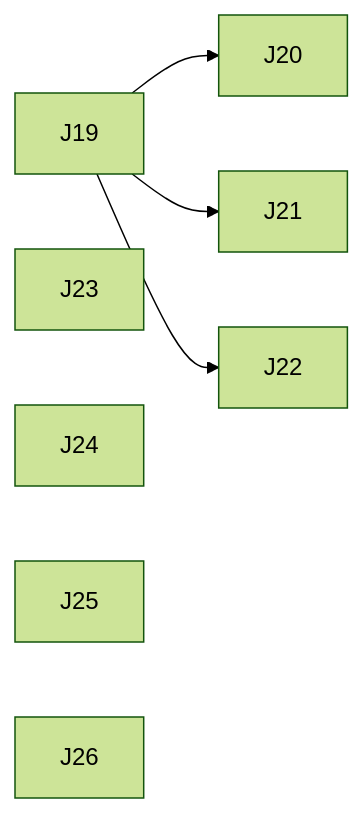
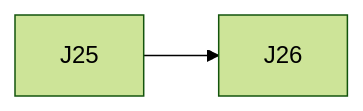
One commit to vespaiach/glance changed the diagram in docs/execution-plan.md. Above: the diagram before and after it, drawn with Mermaid (forest theme). The commit also changed other lines of this file and 3 other files, not shown here.

````diff
--- a/docs/execution-plan.md
+++ b/docs/execution-plan.md
@@ -54,10 +40,4 @@
 ```mermaid
 graph LR
-  J19 --> J20
-  J19 --> J21
-  J19 --> J22
-  J23
-  J24
-  J25
-  J26
+  J25 --> J26
 ```
````
